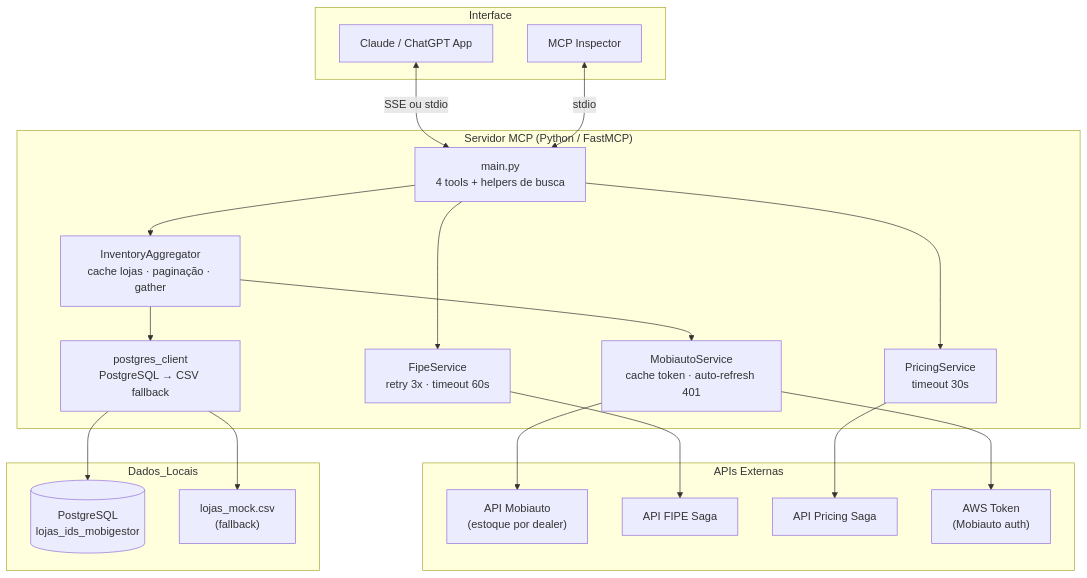
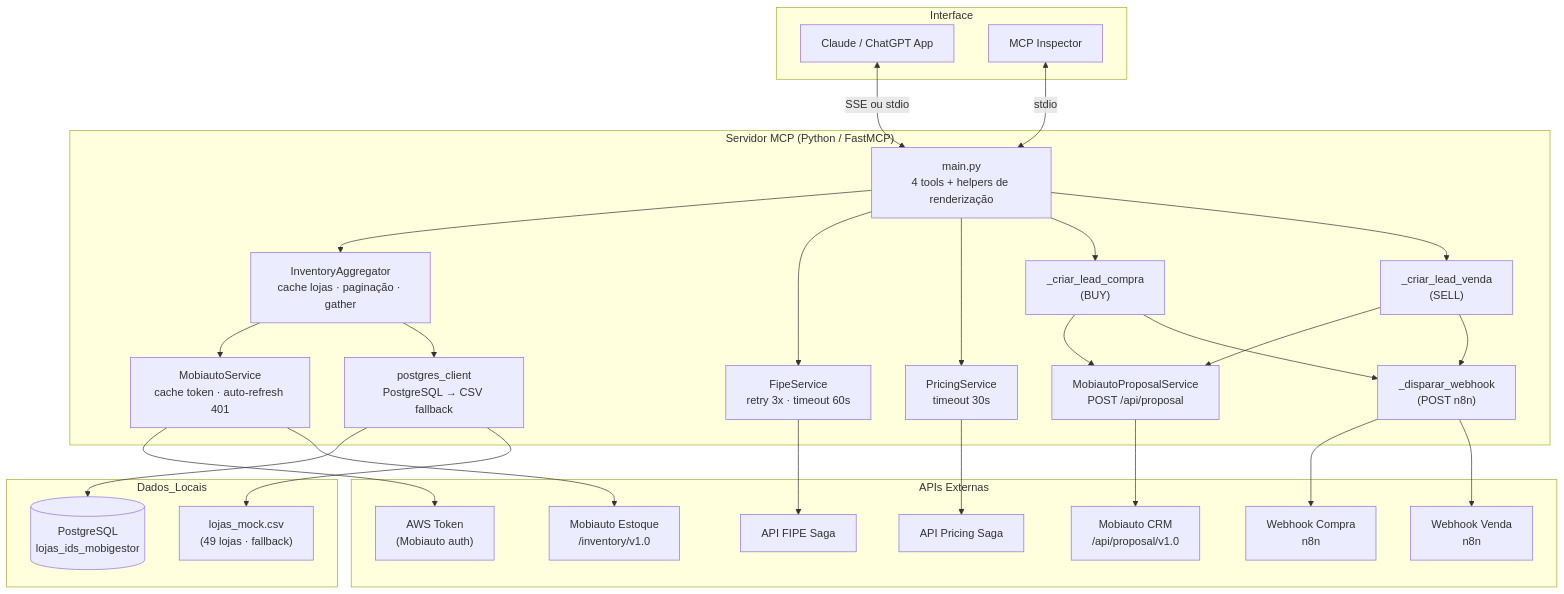
Before and after one commit to JoaaoCunhaa/ml-mcp-ia-vendas: the diagram in docs/02_arquitetura.md, drawn with Mermaid. The commit also changed other lines of this file and 13 other files, not shown here.

````diff
--- a/docs/02_arquitetura.md
+++ b/docs/02_arquitetura.md
@@ -56,47 +63,65 @@
 ```mermaid
 flowchart TB
     subgraph Interface
         LLM["Claude / ChatGPT App"]
         INSP["MCP Inspector"]
     end
 
     subgraph MCP_Server["Servidor MCP (Python / FastMCP)"]
-        MAIN["main.py\n4 tools + helpers de busca"]
+        MAIN["main.py\n4 tools + helpers de renderização"]
+        LEAD_C["_criar_lead_compra\n(BUY)"]
+        LEAD_V["_criar_lead_venda\n(SELL)"]
+        WH["_disparar_webhook\n(POST n8n)"]
+        PROP_S["MobiautoProposalService\nPOST /api/proposal"]
         AGG["InventoryAggregator\ncache lojas · paginação · gather"]
         FIPE_S["FipeService\nretry 3x · timeout 60s"]
         PRICE_S["PricingService\ntimeout 30s"]
         MOBI_S["MobiautoService\ncache token · auto-refresh 401"]
         DB["postgres_client\nPostgreSQL → CSV fallback"]
     end
 
     subgraph APIs_Externas["APIs Externas"]
-        MOBI_API["API Mobiauto\n(estoque por dealer)"]
+        MOBI_API["Mobiauto Estoque\n/inventory/v1.0"]
+        MOBI_CRM["Mobiauto CRM\n/api/proposal/v1.0"]
         FIPE_API["API FIPE Saga"]
         PRICE_API["API Pricing Saga"]
         TOKEN_API["AWS Token\n(Mobiauto auth)"]
+        N8N_C["Webhook Compra\nn8n"]
+        N8N_V["Webhook Venda\nn8n"]
     end
 
     subgraph Dados_Locais
         PG[("PostgreSQL\nlojas_ids_mobigestor")]
-        CSV["lojas_mock.csv\n(fallback)"]
+        CSV["lojas_mock.csv\n(49 lojas · fallback)"]
     end
 
     LLM <-->|SSE ou stdio| MAIN
     INSP <-->|stdio| MAIN
 
     MAIN --> AGG
     MAIN --> FIPE_S
     MAIN --> PRICE_S
+    MAIN --> LEAD_C
+    MAIN --> LEAD_V
+
+    LEAD_C --> PROP_S
+    LEAD_C --> WH
+    LEAD_V --> PROP_S
+    LEAD_V --> WH
+
+    PROP_S --> MOBI_CRM
+    WH --> N8N_C
+    WH --> N8N_V
 
     AGG --> MOBI_S
     AGG --> DB
 
     MOBI_S --> TOKEN_API
     MOBI_S --> MOBI_API
 
     FIPE_S --> FIPE_API
     PRICE_S --> PRICE_API
 
     DB --> PG
     DB --> CSV
 ```
````
